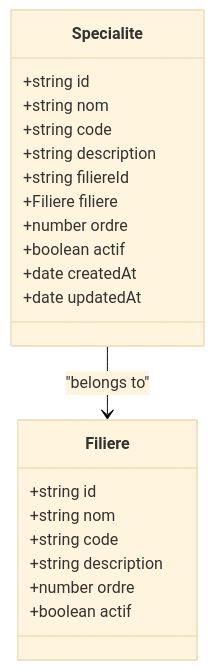
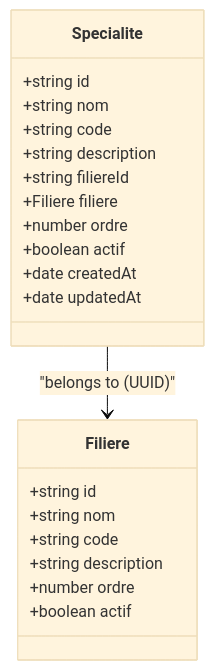
Before and after one commit to franckylab/eLISAschool: the sixth of 10 diagrams in .qoder/repowiki/en/content/Modules & Features/Academic Modules/Curriculum Structure (Cycles & Levels).md, drawn with Mermaid (base theme). The commit also changed other lines of this file and 95 other files, not shown here.

First line of the commit message:
refactor(architecture): corriger la source de vérité des informations établissement

````diff
--- a/.qoder/repowiki/en/content/Modules & Features/Academic Modules/Curriculum Structure (Cycles & Levels).md
+++ b/.qoder/repowiki/en/content/Modules & Features/Academic Modules/Curriculum Structure (Cycles & Levels).md
@@ -349,24 +351,24 @@
 ```mermaid
 classDiagram
 class Specialite {
 +string id
 +string nom
 +string code
 +string description
 +string filiereId
 +Filiere filiere
 +number ordre
 +boolean actif
 +date createdAt
 +date updatedAt
 }
 class Filiere {
 +string id
 +string nom
 +string code
 +string description
 +number ordre
 +boolean actif
 }
-Specialite --> Filiere : "belongs to"
+Specialite --> Filiere : "belongs to (UUID)"
 ```
````
